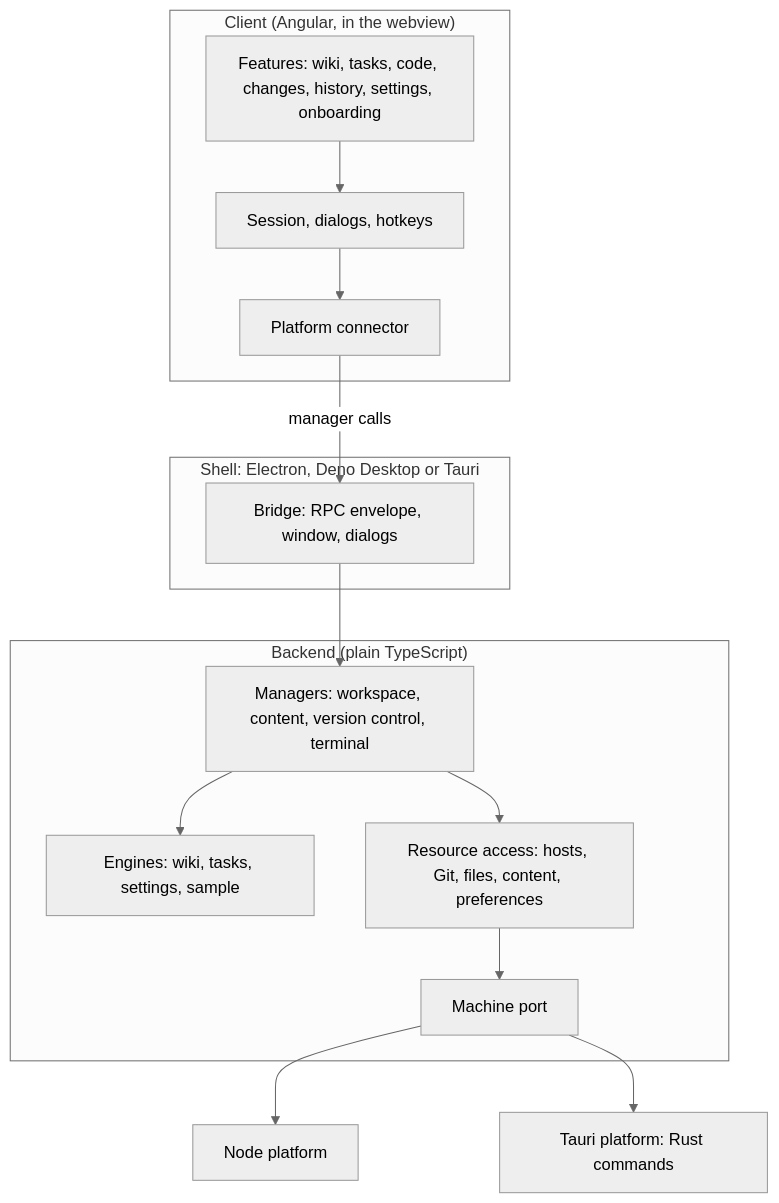
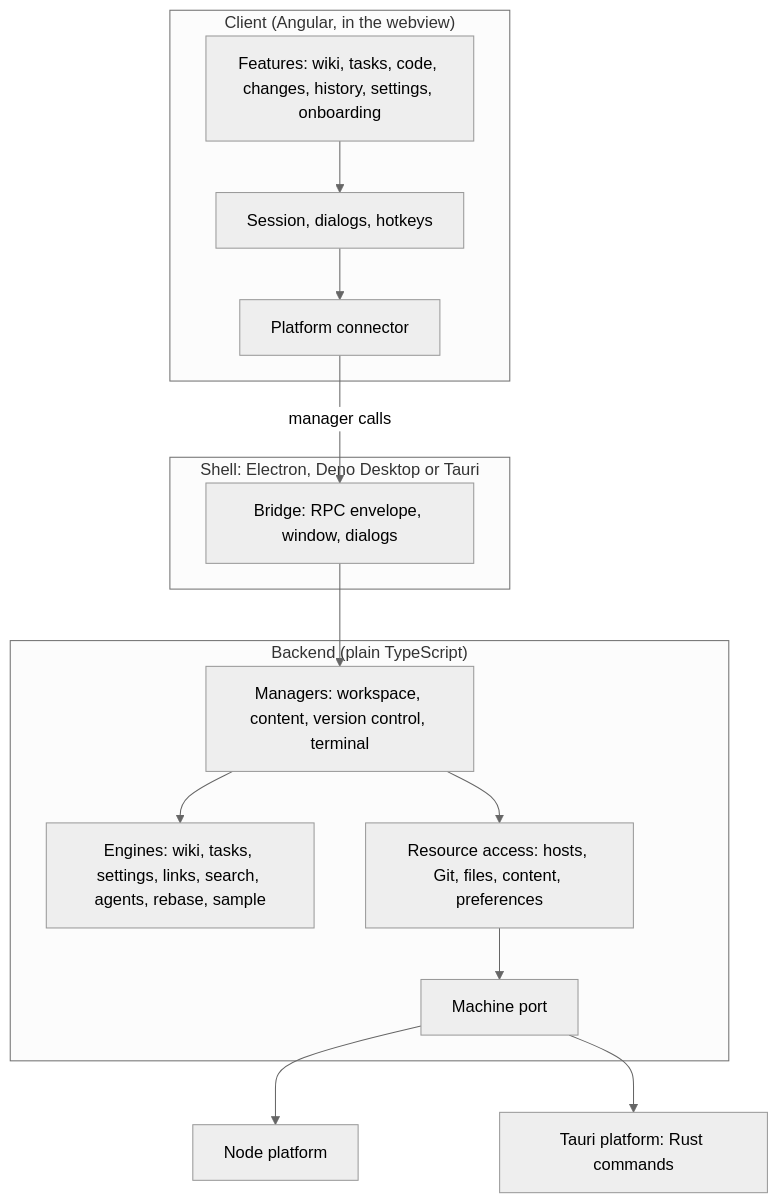
The diagram in docs/Architecture.md (genbeya/genbeya), drawn with Mermaid (neutral theme) before and after one commit. The commit also changed other lines of this file and 13 other files, not shown here.

````diff
--- a/docs/Architecture.md
+++ b/docs/Architecture.md
@@ -5,18 +5,18 @@
 ```mermaid
 flowchart TB
   subgraph Client["Client (Angular, in the webview)"]
     views[Features: wiki, tasks, code, changes, history, settings, onboarding] --> core[Session, dialogs, hotkeys]
     core --> connector[Platform connector]
   end
   subgraph Shell["Shell: Electron, Deno Desktop or Tauri"]
     bridge[Bridge: RPC envelope, window, dialogs]
   end
   subgraph Backend["Backend (plain TypeScript)"]
-    managers[Managers: workspace, content, version control, terminal] --> engines[Engines: wiki, tasks, settings, sample]
+    managers[Managers: workspace, content, version control, terminal] --> engines[Engines: wiki, tasks, settings, links, search, agents, rebase, sample]
     managers --> access[Resource access: hosts, Git, files, content, preferences]
     access --> machine[Machine port]
   end
   connector -- "manager calls" --> bridge --> managers
   machine --> node[Node platform]
   machine --> tauri[Tauri platform: Rust commands]
 ```
````
